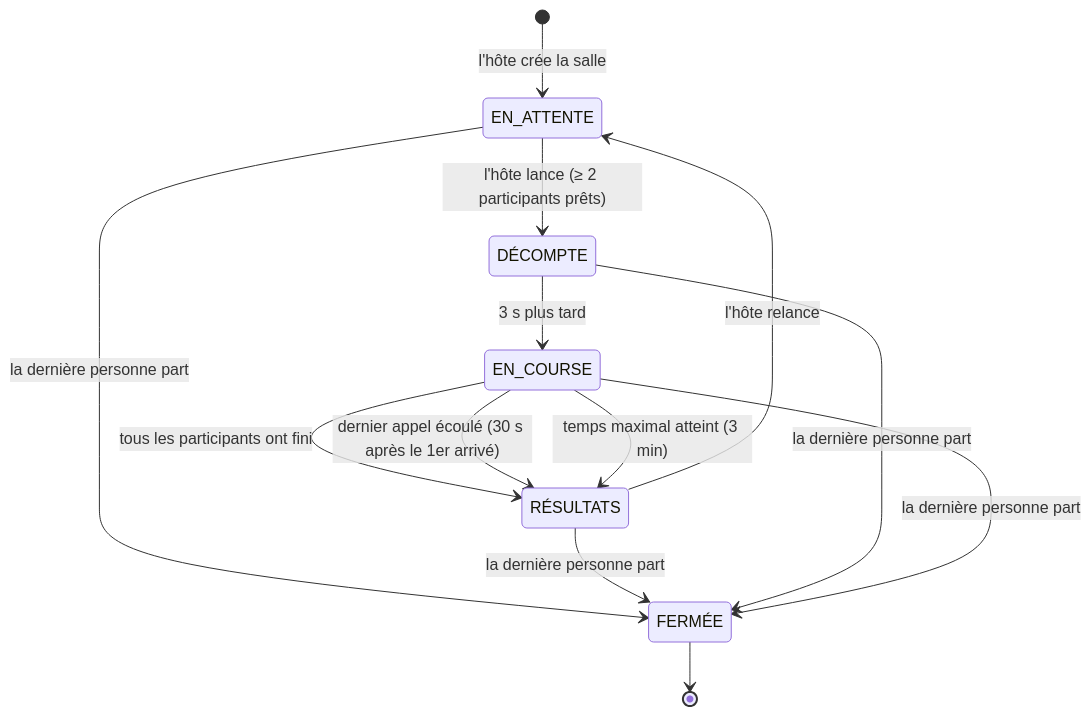
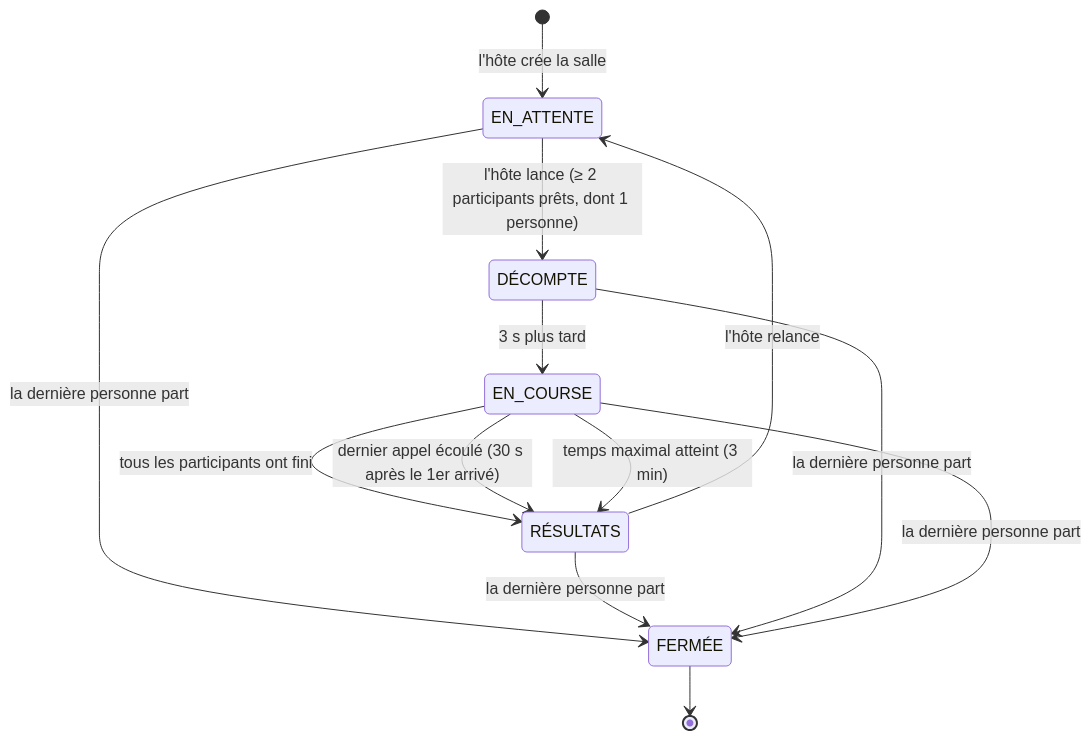
The third of 4 diagrams in docs/ARCHITECTURE.md (PBousquet01/TypeRacer), drawn with Mermaid before and after one commit. The commit also changed other lines of this file and 16 other files, not shown here.

````diff
--- a/docs/ARCHITECTURE.md
+++ b/docs/ARCHITECTURE.md
@@ -213,20 +213,20 @@
 ```mermaid
 stateDiagram-v2
     state "EN_ATTENTE" as ATTENTE
     state "DÉCOMPTE" as DECOMPTE
     state "EN_COURSE" as COURSE
     state "RÉSULTATS" as RESULTATS
     state "FERMÉE" as FERMEE
     [*] --> ATTENTE : l'hôte crée la salle
-    ATTENTE --> DECOMPTE : l'hôte lance (≥ 2 participants prêts)
+    ATTENTE --> DECOMPTE : l'hôte lance (≥ 2 participants prêts, dont 1 personne)
     DECOMPTE --> COURSE : 3 s plus tard
     COURSE --> RESULTATS : tous les participants ont fini
     COURSE --> RESULTATS : dernier appel écoulé (30 s après le 1er arrivé)
     COURSE --> RESULTATS : temps maximal atteint (3 min)
     RESULTATS --> ATTENTE : l'hôte relance
     ATTENTE --> FERMEE : la dernière personne part
     RESULTATS --> FERMEE : la dernière personne part
     DECOMPTE --> FERMEE : la dernière personne part
     COURSE --> FERMEE : la dernière personne part
     FERMEE --> [*]
 ```
````
